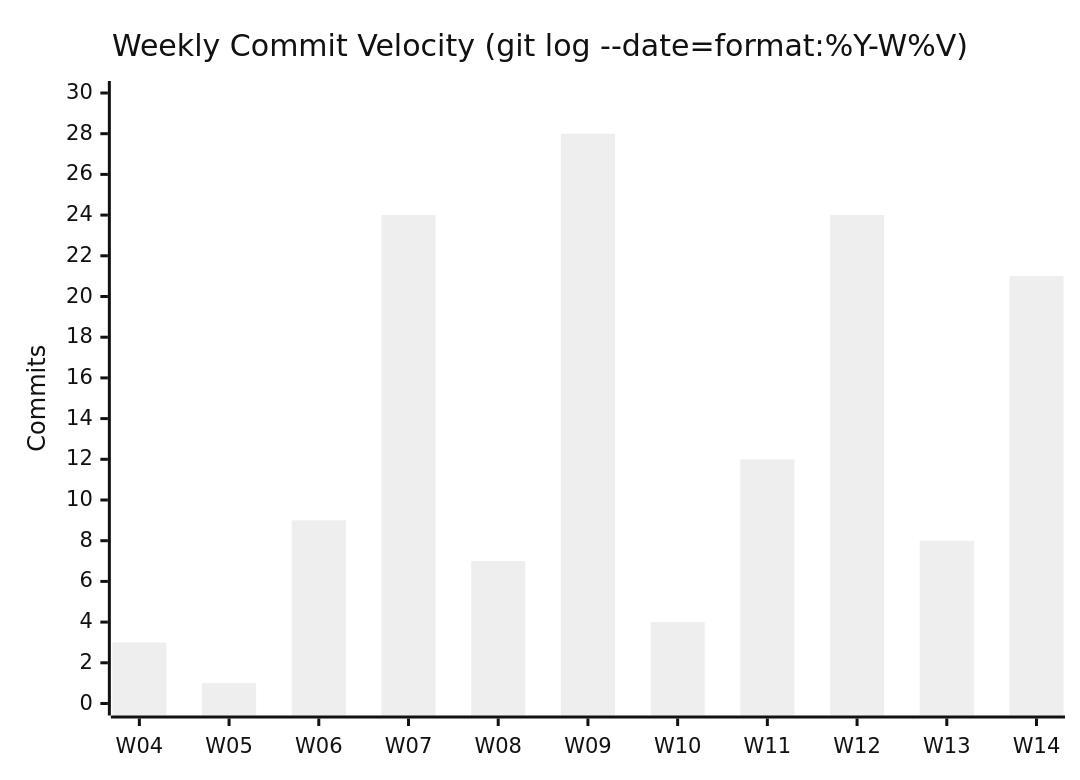
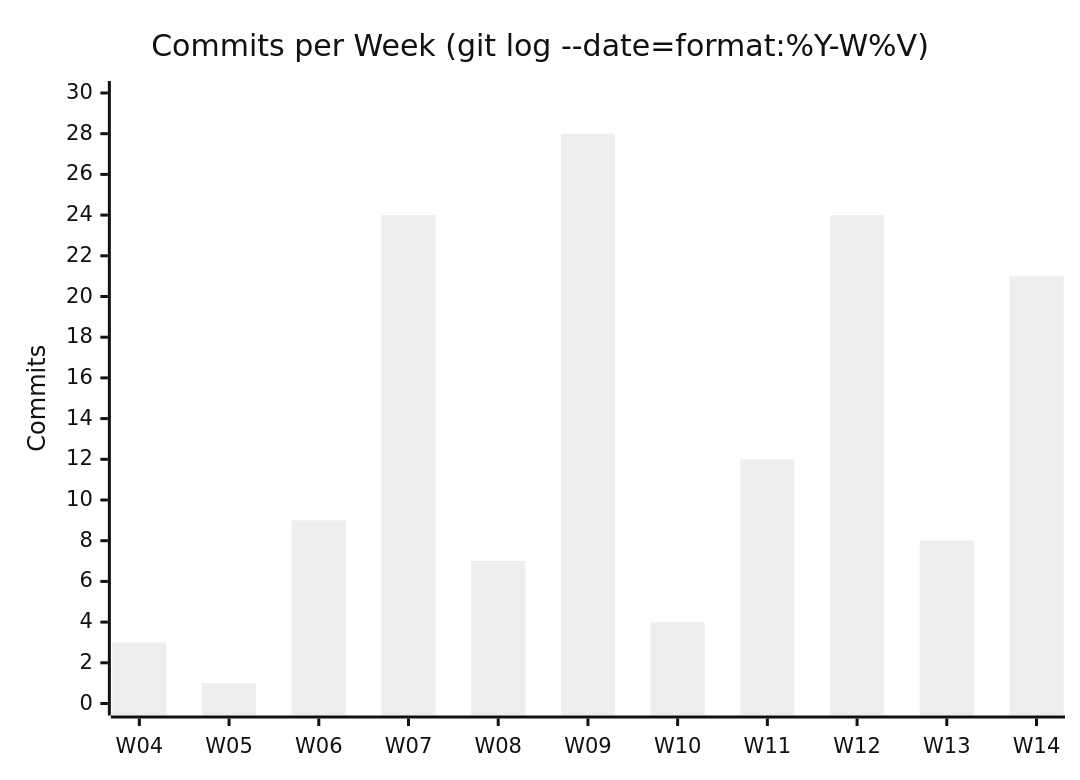
The fourth of 8 diagrams in docs/CASE_STUDY_AI_ASSISTED_DEVELOPMENT.md (pranems/SCIMServer), drawn with Mermaid (neutral theme) before and after one commit. The commit also changed other lines of this file, not shown here.

````diff
--- a/docs/CASE_STUDY_AI_ASSISTED_DEVELOPMENT.md
+++ b/docs/CASE_STUDY_AI_ASSISTED_DEVELOPMENT.md
@@ -235,7 +190,7 @@
 ```mermaid
 xychart-beta
-    title "Weekly Commit Velocity (git log --date=format:%Y-W%V)"
-    x-axis ["W04", "W05", "W06", "W07", "W08", "W09", "W10", "W11", "W12", "W13", "W14"]
+    title "Commits per Week (git log --date=format:%Y-W%V)"
+    x-axis ["W04","W05","W06","W07","W08","W09","W10","W11","W12","W13","W14"]
     y-axis "Commits" 0 --> 30
-    bar [3, 1, 9, 24, 7, 28, 4, 12, 24, 8, 21]
+    bar [3,1,9,24,7,28,4,12,24,8,21]
 ```
````
